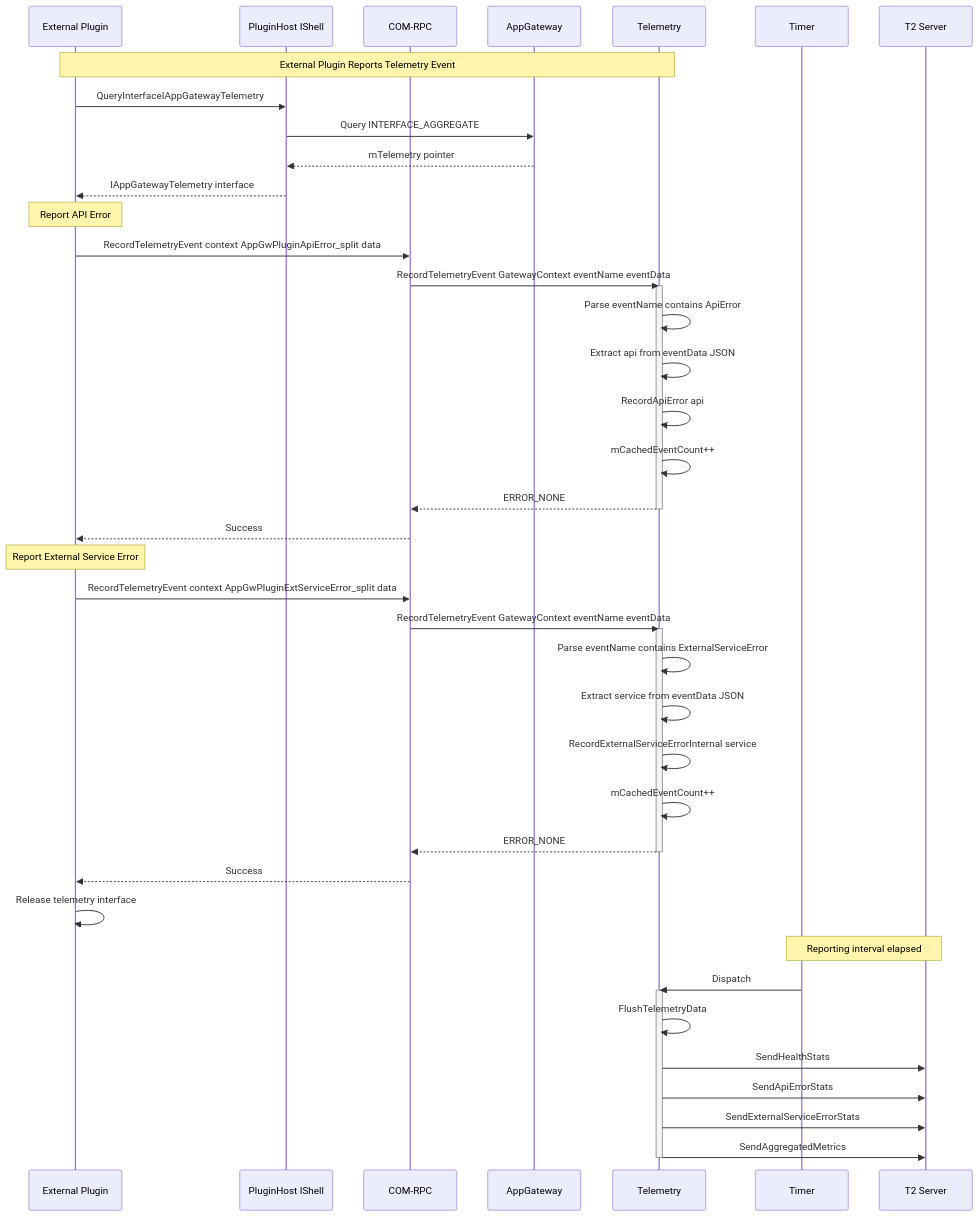
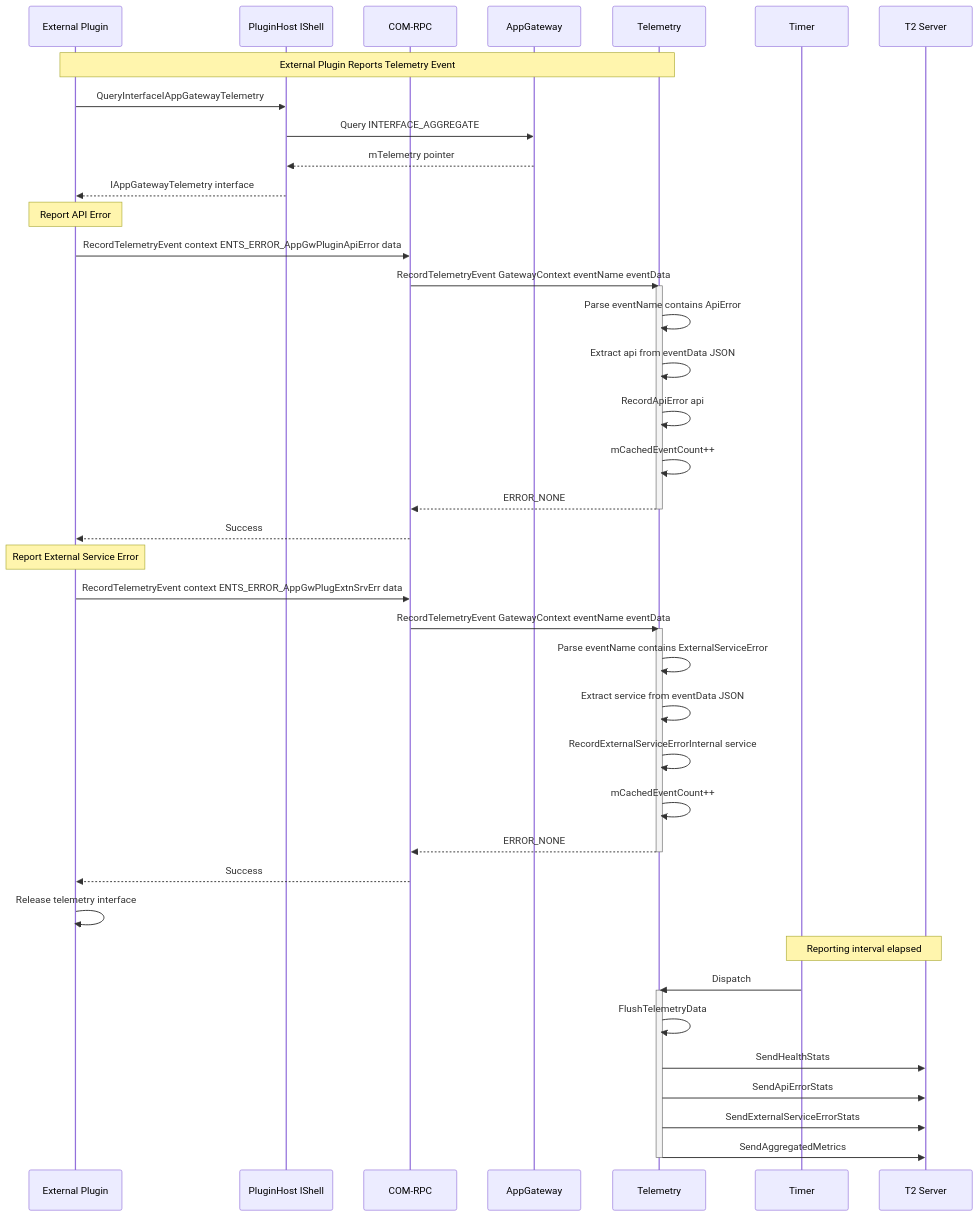
The diagram in AppGateway/docs/sequence-diagrams/06_COM_RPC_Event_Telemetry.md (rdkcentral/entservices-appgateway), drawn with Mermaid before and after one commit. The commit also changed other lines of this file and 11 other files, not shown here.

````diff
--- a/AppGateway/docs/sequence-diagrams/06_COM_RPC_Event_Telemetry.md
+++ b/AppGateway/docs/sequence-diagrams/06_COM_RPC_Event_Telemetry.md
@@ -9,54 +9,54 @@
 ```mermaid
 sequenceDiagram
     participant Ext as External Plugin
     participant Shell as PluginHost IShell
     participant COMRPC as COM-RPC
     participant AG as AppGateway
     participant AGT as Telemetry
     participant Timer as Timer
     participant T2 as T2 Server
 
     Note over Ext,AGT: External Plugin Reports Telemetry Event
 
     Ext->>Shell: QueryInterfaceIAppGatewayTelemetry
     Shell->>AG: Query INTERFACE_AGGREGATE
     AG-->>Shell: mTelemetry pointer
     Shell-->>Ext: IAppGatewayTelemetry interface
     
     Note over Ext: Report API Error
-    Ext->>COMRPC: RecordTelemetryEvent context AppGwPluginApiError_split data
+    Ext->>COMRPC: RecordTelemetryEvent context ENTS_ERROR_AppGwPluginApiError data
     COMRPC->>AGT: RecordTelemetryEvent GatewayContext eventName eventData
     activate AGT
     AGT->>AGT: Parse eventName contains ApiError
     AGT->>AGT: Extract api from eventData JSON
     AGT->>AGT: RecordApiError api
     AGT->>AGT: mCachedEventCount++
     AGT-->>COMRPC: ERROR_NONE
     deactivate AGT
     COMRPC-->>Ext: Success
     
     Note over Ext: Report External Service Error
-    Ext->>COMRPC: RecordTelemetryEvent context AppGwPluginExtServiceError_split data
+    Ext->>COMRPC: RecordTelemetryEvent context ENTS_ERROR_AppGwPlugExtnSrvErr data
     COMRPC->>AGT: RecordTelemetryEvent GatewayContext eventName eventData
     activate AGT
     AGT->>AGT: Parse eventName contains ExternalServiceError
     AGT->>AGT: Extract service from eventData JSON
     AGT->>AGT: RecordExternalServiceErrorInternal service
     AGT->>AGT: mCachedEventCount++
     AGT-->>COMRPC: ERROR_NONE
     deactivate AGT
     COMRPC-->>Ext: Success
     
     Ext->>Ext: Release telemetry interface
 
     Note over Timer,T2: Reporting interval elapsed
 
     Timer->>AGT: Dispatch
     activate AGT
     AGT->>AGT: FlushTelemetryData
     AGT->>T2: SendHealthStats
     AGT->>T2: SendApiErrorStats
     AGT->>T2: SendExternalServiceErrorStats
     AGT->>T2: SendAggregatedMetrics
     deactivate AGT
 ```
````
